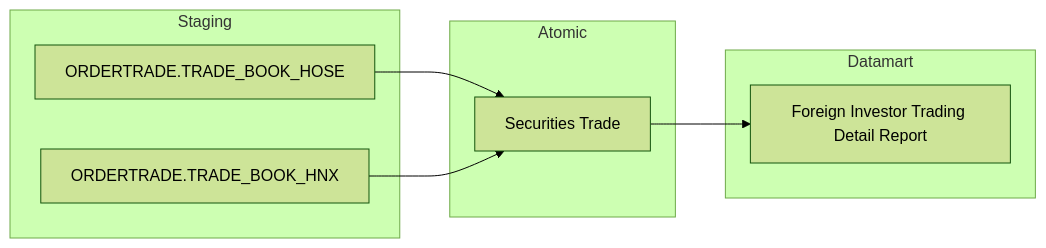
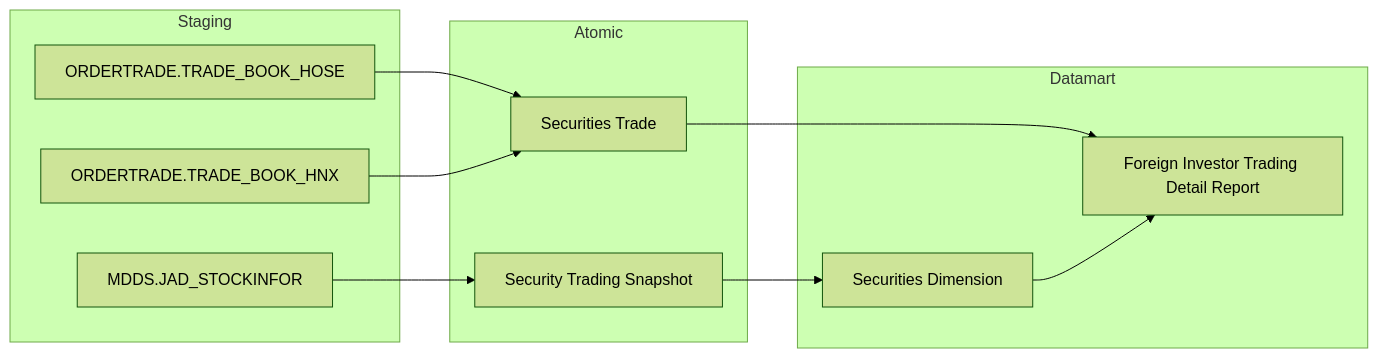
Before and after one commit to linhlvit/ubck_atomic_design: the eighth of 30 diagrams in Datamart/hld/DTM_NDTNN_HLD.md, drawn with Mermaid (forest theme). The commit also changed other lines of this file and 11 other files, not shown here.

````diff
--- a/Datamart/hld/DTM_NDTNN_HLD.md
+++ b/Datamart/hld/DTM_NDTNN_HLD.md
@@ -313,20 +324,26 @@
 ```mermaid
 flowchart LR
     subgraph SRC["Staging"]
         S1["ORDERTRADE.TRADE_BOOK_HOSE"]
         S2["ORDERTRADE.TRADE_BOOK_HNX"]
+        S3["MDDS.JAD_STOCKINFOR"]
     end
 
     subgraph SIL["Atomic"]
         SV1["Securities Trade"]
+        SV2["Security Trading Snapshot"]
     end
 
     subgraph Datamart["Datamart"]
+        D1["Securities Dimension"]
         G1["Foreign Investor Trading Detail Report"]
     end
 
     S1 --> SV1
     S2 --> SV1
+    S3 --> SV2
 
+    SV2 --> D1
     SV1 --> G1
+    D1 --> G1
 ```
````
